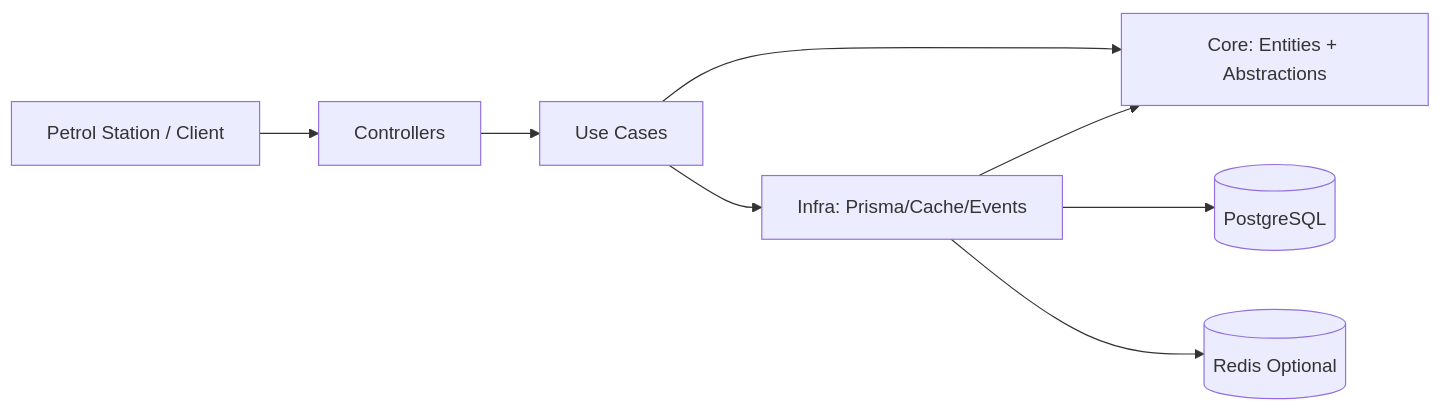
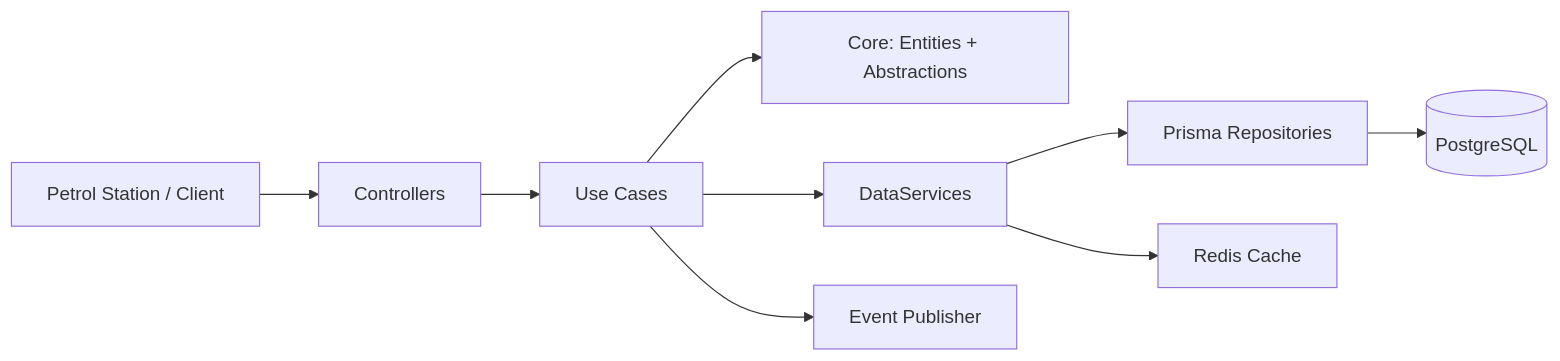
The diagram in README.md (radyatamaa/myfuel-transaction-processor), drawn with Mermaid before and after one commit. The commit also changed 1 other file, not shown here.

Commit message:
docs : update docs

````diff
--- a/README.md
+++ b/README.md
@@ -22,10 +22,11 @@
 ```mermaid
 flowchart LR
   CLIENT[Petrol Station / Client] --> CONTROLLER[Controllers]
   CONTROLLER --> USECASE[Use Cases]
   USECASE --> CORE[Core: Entities + Abstractions]
-  INFRA[Infra: Prisma/Cache/Events] --> CORE
-  USECASE --> INFRA
-  INFRA --> DB[(PostgreSQL)]
-  INFRA --> REDIS[(Redis Optional)]
+  USECASE --> DATASVC[DataServices]
+  DATASVC --> PRISMA[Prisma Repositories]
+  DATASVC --> REDIS[Redis Cache]
+  USECASE --> EVENTS[Event Publisher]
+  PRISMA --> DB[(PostgreSQL)]
 ```
````
